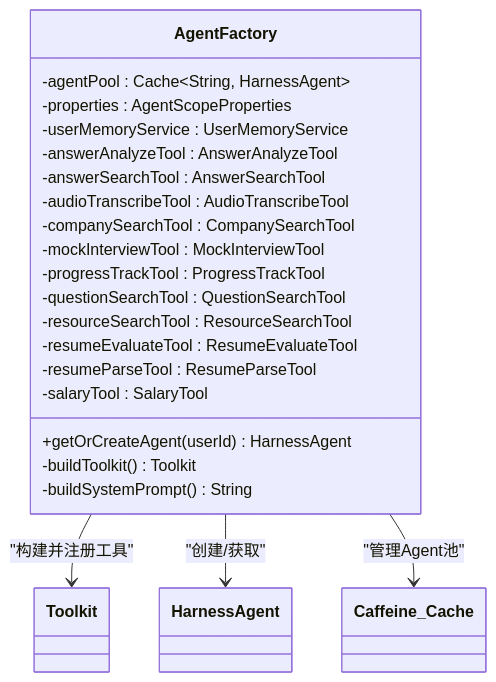
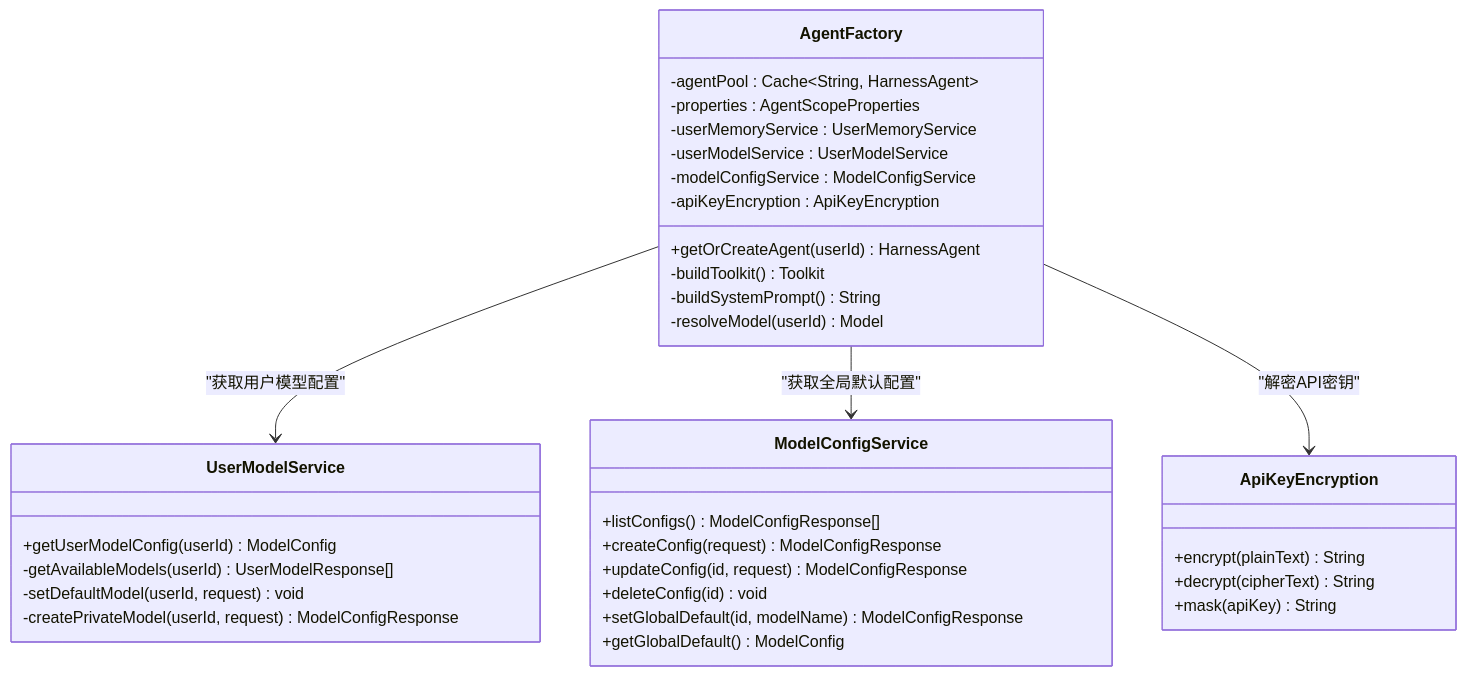
The first of 4 diagrams in .qoder/repowiki/zh/content/Spring Boot 集成架构.md (Miss-zhi/OfferPilot), drawn with Mermaid before and after one commit. The commit also changed other lines of this file and 117 other files, not shown here.

````diff
--- a/.qoder/repowiki/zh/content/Spring Boot 集成架构.md
+++ b/.qoder/repowiki/zh/content/Spring Boot 集成架构.md
@@ -27,28 +45,37 @@
 ```mermaid
 classDiagram
 class AgentFactory {
 +getOrCreateAgent(userId) HarnessAgent
 -buildToolkit() Toolkit
 -buildSystemPrompt() String
+-resolveModel(userId) Model
 -agentPool : Cache~String, HarnessAgent~
 -properties : AgentScopeProperties
 -userMemoryService : UserMemoryService
--answerAnalyzeTool : AnswerAnalyzeTool
--answerSearchTool : AnswerSearchTool
--audioTranscribeTool : AudioTranscribeTool
--companySearchTool : CompanySearchTool
--mockInterviewTool : MockInterviewTool
--progressTrackTool : ProgressTrackTool
--questionSearchTool : QuestionSearchTool
--resourceSearchTool : ResourceSearchTool
--resumeEvaluateTool : ResumeEvaluateTool
--resumeParseTool : ResumeParseTool
--salaryTool : SalaryTool
+-userModelService : UserModelService
+-modelConfigService : ModelConfigService
+-apiKeyEncryption : ApiKeyEncryption
 }
-class Toolkit
-class HarnessAgent
-class Caffeine_Cache
-AgentFactory --> Toolkit : "构建并注册工具"
-AgentFactory --> HarnessAgent : "创建/获取"
-AgentFactory --> Caffeine_Cache : "管理Agent池"
+class UserModelService {
++getUserModelConfig(userId) ModelConfig
+-getAvailableModels(userId) UserModelResponse[]
+-setDefaultModel(userId, request) void
+-createPrivateModel(userId, request) ModelConfigResponse
+}
+class ModelConfigService {
++listConfigs() ModelConfigResponse[]
++createConfig(request) ModelConfigResponse
++updateConfig(id, request) ModelConfigResponse
++deleteConfig(id) void
++setGlobalDefault(id, modelName) ModelConfigResponse
++getGlobalDefault() ModelConfig
+}
+class ApiKeyEncryption {
++encrypt(plainText) String
++decrypt(cipherText) String
++mask(apiKey) String
+}
+AgentFactory --> UserModelService : "获取用户模型配置"
+AgentFactory --> ModelConfigService : "获取全局默认配置"
+AgentFactory --> ApiKeyEncryption : "解密API密钥"
 ```
````
